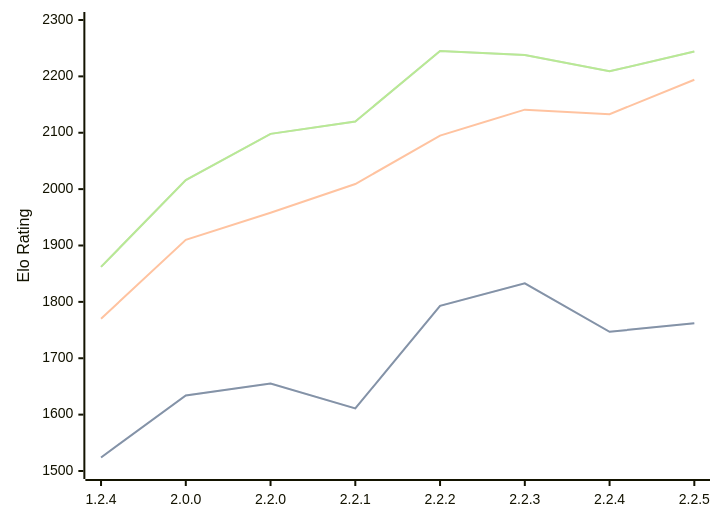
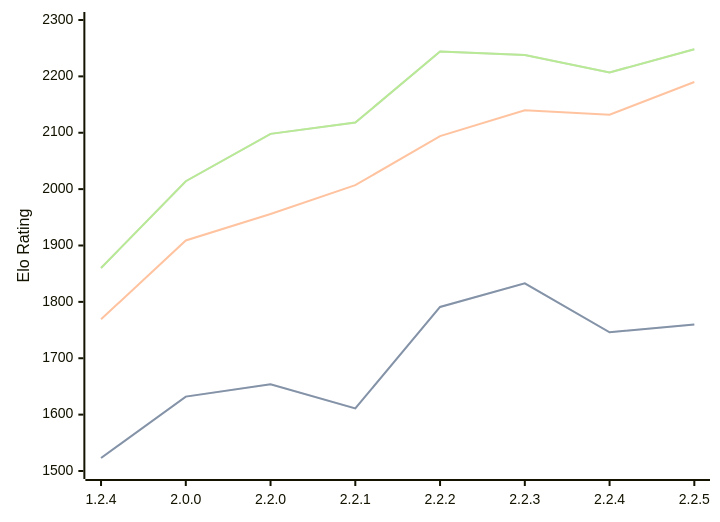
One commit to computer-chess-index/cci changed the diagram in engines/Kreveta.md. Above: the diagram before and after it, drawn with Mermaid. The commit also changed other lines of this file, not shown here.

Commit message:
Update CCI Ratings (ELO VLTC) - 2026-04-06

````diff
--- a/engines/Kreveta.md
+++ b/engines/Kreveta.md
@@ -41,11 +41,11 @@
 ```mermaid
 %%{init: {"theme":"base","themeVariables":{"seriesColors:['#a3a3a3','#222221','#faa371']}}}%%
 xychart-beta
   x-axis ["1.2.4", "2.0.0", "2.2.0", "2.2.1", "2.2.2", "2.2.3", "2.2.4", "2.2.5"]
   y-axis "Elo Rating" 1500 --> 2300
-  line "STC (8.0+0.08s)" [1524, 1634, 1655, 1611, 1793, 1833, 1747, 1762]
-  line "STC (8.0+0.08s)" [1524, 1634, 1655, 1611, 1793, 1833, 1747, 1762]
-  line "LTC (60.0+0.60s)" [1770, 1910, 1958, 2009, 2095, 2141, 2133, 2194]
-  line "VLTC (2m24s+1.12s)" [1862, 2016, 2098, 2120, 2245, 2238, 2209, 2244]
-  line "VLTC (2m24s+1.12s)" [1862, 2016, 2098, 2120, 2245, 2238, 2209, 2244]
+  line "STC (8.0+0.08s)" [1523, 1632, 1654, 1611, 1791, 1833, 1746, 1760]
+  line "STC (8.0+0.08s)" [1523, 1632, 1654, 1611, 1791, 1833, 1746, 1760]
+  line "LTC (60.0+0.60s)" [1769, 1909, 1956, 2007, 2094, 2140, 2132, 2190]
+  line "VLTC (2m24s+1.12s)" [1860, 2014, 2098, 2118, 2244, 2238, 2207, 2248]
+  line "VLTC (2m24s+1.12s)" [1860, 2014, 2098, 2118, 2244, 2238, 2207, 2248]
 ```
````
